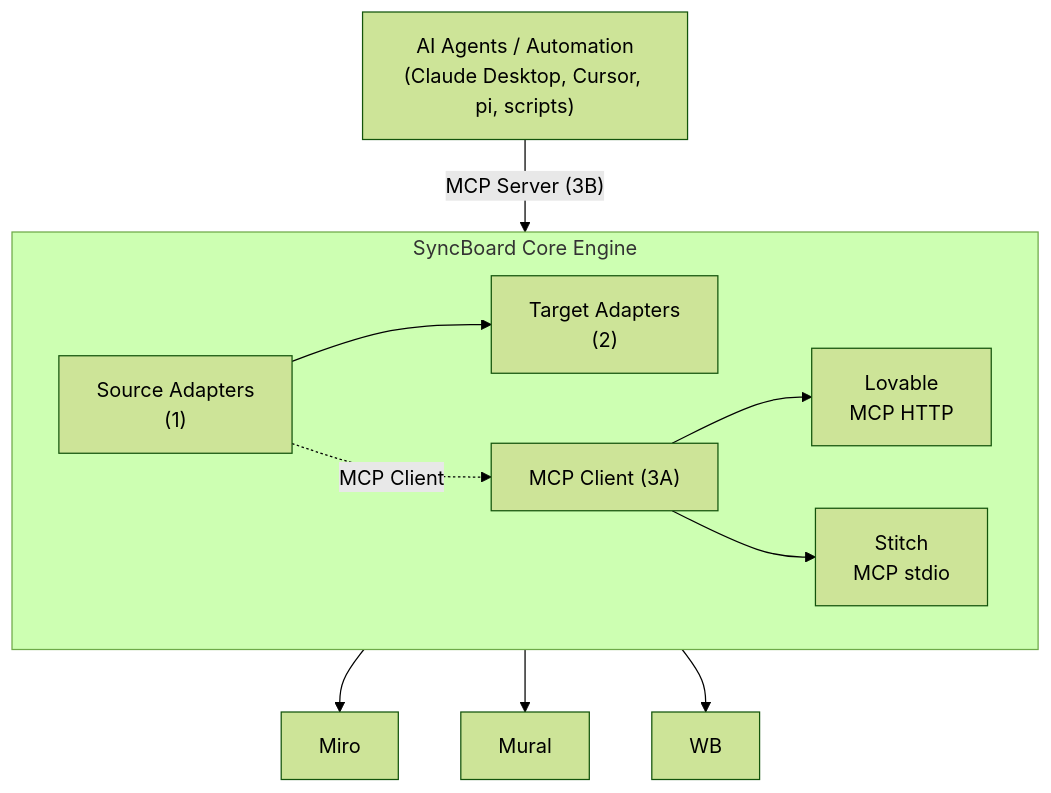
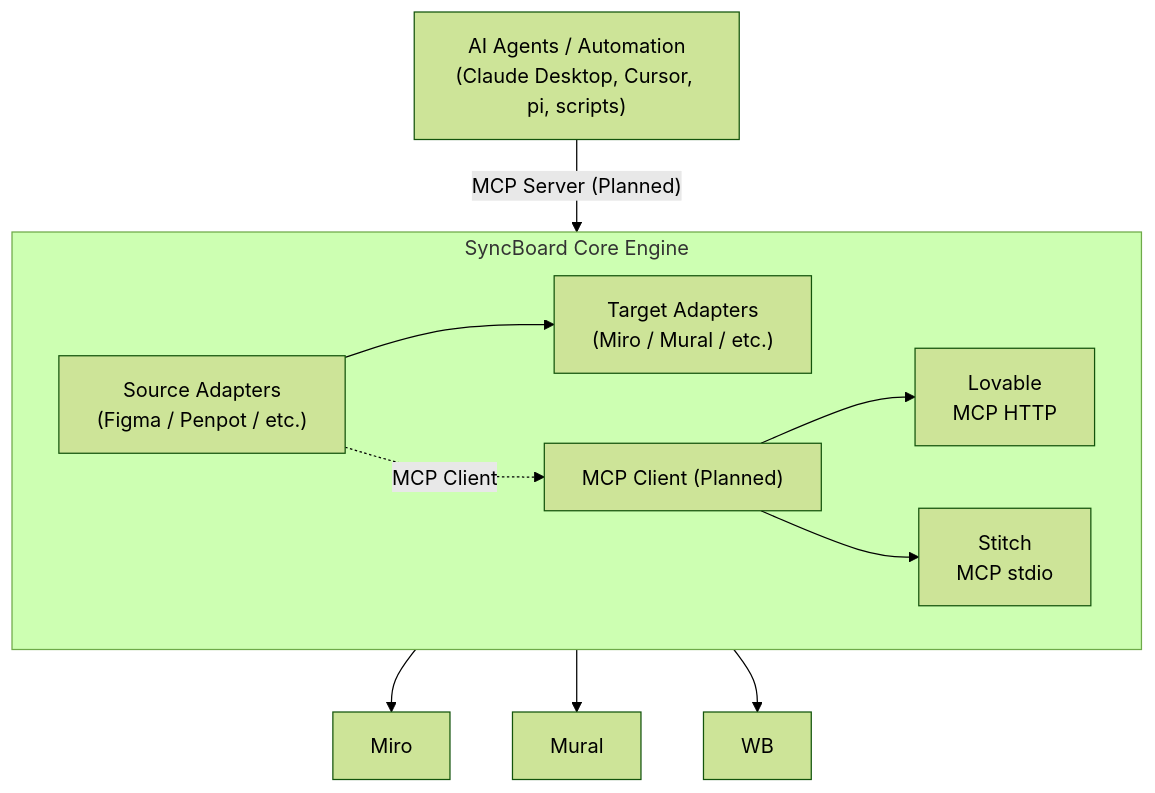
The diagram in doc/architecture.md (luismichio/syncboard), drawn with Mermaid (forest theme) before and after one commit. The commit also changed other lines of this file and 32 other files, not shown here.

````diff
--- a/doc/architecture.md
+++ b/doc/architecture.md
@@ -69,20 +52,20 @@
 ```mermaid
 graph TD
- agents["AI Agents / Automation<br/>(Claude Desktop, Cursor, pi, scripts)"]
- subgraph engine["SyncBoard Core Engine"]
- direction LR
- sa["Source Adapters<br/>(1)"]
- ta["Target Adapters<br/>(2)"]
- mcp["MCP Client (3A)"]
- lovable["Lovable<br/>MCP HTTP"]
- stitch["Stitch<br/>MCP stdio"]
- sa --> ta
- sa -.->|MCP Client| mcp
- mcp --> lovable
- mcp --> stitch
- end
- ta --> miro["Miro"]
- ta --> mural["Mural"]
- ta --> wb["WB"]
- agents -->|"MCP Server (3B)"| engine
+  agents["AI Agents / Automation<br/>(Claude Desktop, Cursor, pi, scripts)"]
+  subgraph engine["SyncBoard Core Engine"]
+    direction LR
+    sa["Source Adapters<br/>(Figma / Penpot / etc.)"]
+    ta["Target Adapters<br/>(Miro / Mural / etc.)"]
+    mcp["MCP Client (Planned)"]
+    lovable["Lovable<br/>MCP HTTP"]
+    stitch["Stitch<br/>MCP stdio"]
+    sa --> ta
+    sa -.->|MCP Client| mcp
+    mcp --> lovable
+    mcp --> stitch
+  end
+  ta --> miro["Miro"]
+  ta --> mural["Mural"]
+  ta --> wb["WB"]
+  agents -->|"MCP Server (Planned)"| engine
 ```
````
